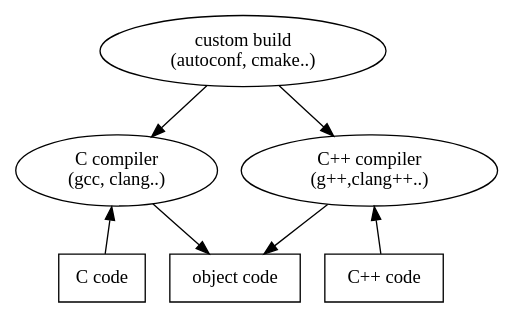
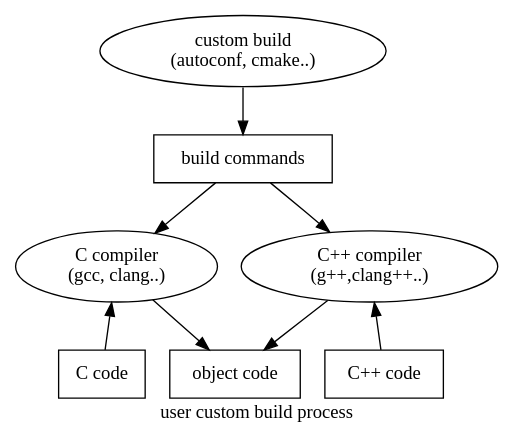
Before and after one commit to hbalp/callers: the fourth of 8 diagrams in doc/callers.org, drawn with Graphviz. The commit also changed other lines of this file, not shown here.

```diff
--- a/doc/callers.org
+++ b/doc/callers.org
@@ -412,29 +437,35 @@
     #+BEGIN_SRC dot :tangle build.custom.gen.dot
 digraph "custom build " 
 {
+// title
+labelloc="b"
+label="user custom build process"
+
 // user build
 "user build" [ label="custom build\n(autoconf, cmake..)" ]
+"build commands" [ label="build commands", shape=box ]
+"user build" -> "build commands"
 
 // compilation
 "object code" [ shape="box" ]
 
 // c compilation
 "c code" [ label="C code", shape="box" ]
 "c compiler" [ label="C compiler\n(gcc, clang..)" ]
-"user build" -> "c compiler"
+"build commands" -> "c compiler"
 "c compiler" -> "c code" [ dir=back ]
 "c compiler" -> "object code"
 
 // c++ compilation
 "cpp code" [ label="C++ code", shape="box" ]
 "cpp compiler" [ label="C++ compiler\n(g++,clang++..)" ]
-"user build" -> "cpp compiler"
+"build commands" -> "cpp compiler"
 "cpp compiler" -> "cpp code" [ dir=back ]
 "cpp compiler" -> "object code"
 }
 
 // Local Variables:
 // compile-command: "dot -Tpng build.custom.gen.dot > build.custom.gen.png"
 // End:
  
    #+END_SRC
```
